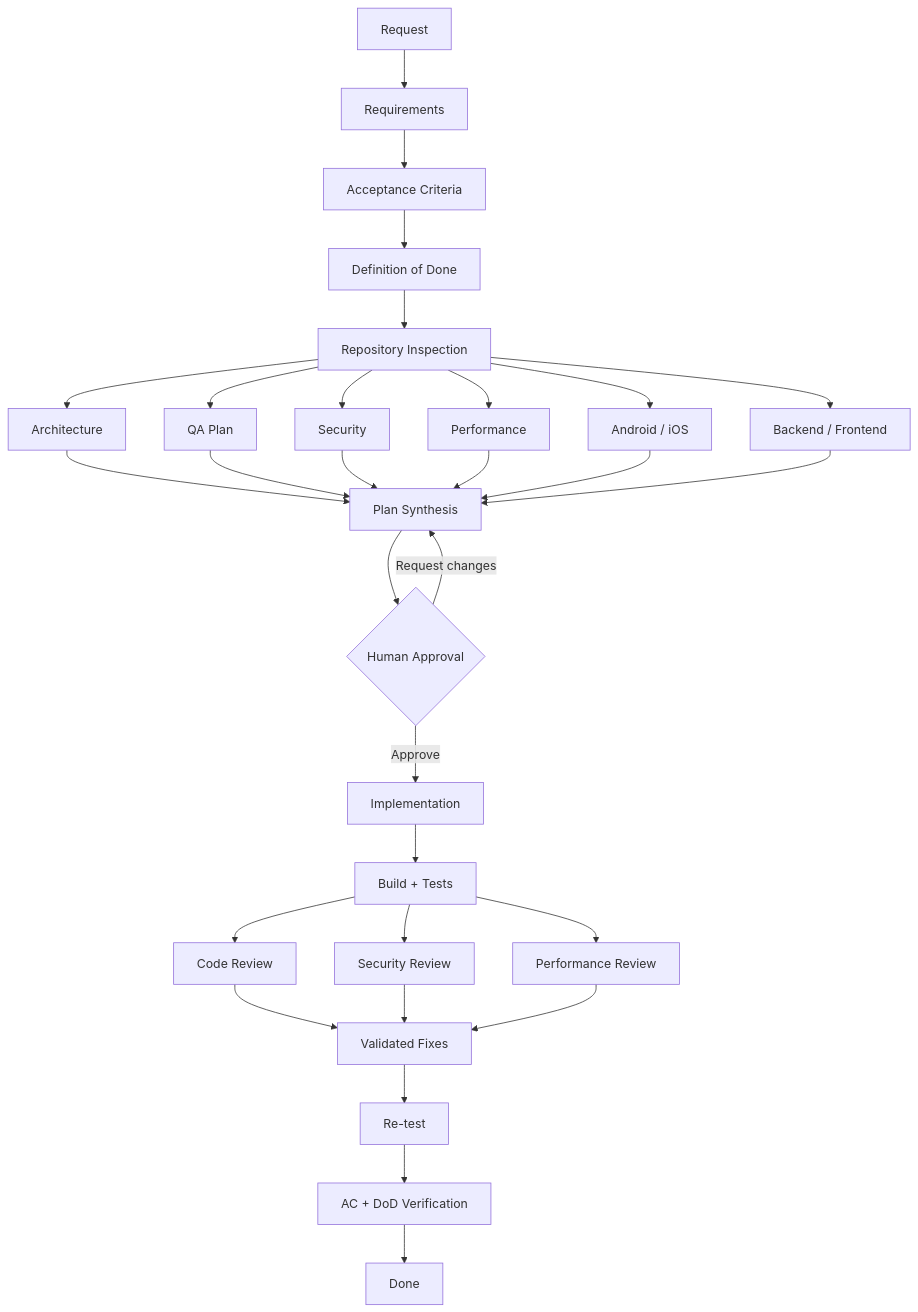
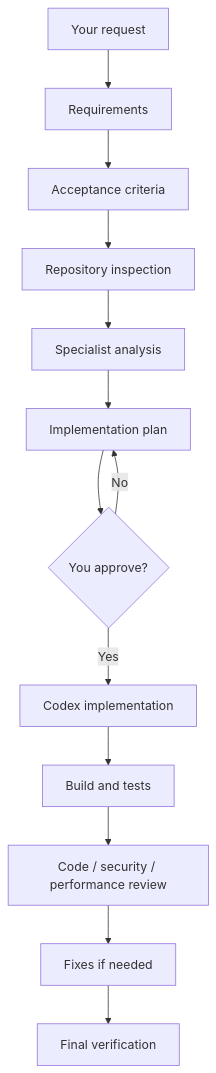
Before and after one commit to mohamedma872/ai-agent-workflow-kit: the first of 2 diagrams in README.md, drawn with Mermaid. The commit also changed other lines of this file, not shown here.

````diff
--- a/README.md
+++ b/README.md
@@ -113,39 +56,15 @@
 ```mermaid
 flowchart TD
-    A[Request] --> B[Requirements]
-    B --> C[Acceptance Criteria]
-    C --> D[Definition of Done]
-    D --> E[Repository Inspection]
-
-    E --> F1[Architecture]
-    E --> F2[QA Plan]
-    E --> F3[Security]
-    E --> F4[Performance]
-    E --> F5[Android / iOS]
-    E --> F6[Backend / Frontend]
-
-    F1 --> G[Plan Synthesis]
-    F2 --> G
-    F3 --> G
-    F4 --> G
-    F5 --> G
-    F6 --> G
-
-    G --> H{Human Approval}
-    H -->|Request changes| G
-    H -->|Approve| I[Implementation]
-
-    I --> J[Build + Tests]
-
-    J --> K1[Code Review]
-    J --> K2[Security Review]
-    J --> K3[Performance Review]
-
-    K1 --> L[Validated Fixes]
-    K2 --> L
-    K3 --> L
-
-    L --> M[Re-test]
-    M --> N[AC + DoD Verification]
-    N --> O[Done]
+    A[Your request] --> B[Requirements]
+    B --> C[Acceptance criteria]
+    C --> D[Repository inspection]
+    D --> E[Specialist analysis]
+    E --> F[Implementation plan]
+    F --> G{You approve?}
+    G -->|No| F
+    G -->|Yes| H[Codex implementation]
+    H --> I[Build and tests]
+    I --> J[Code / security / performance review]
+    J --> K[Fixes if needed]
+    K --> L[Final verification]
 ```
````
